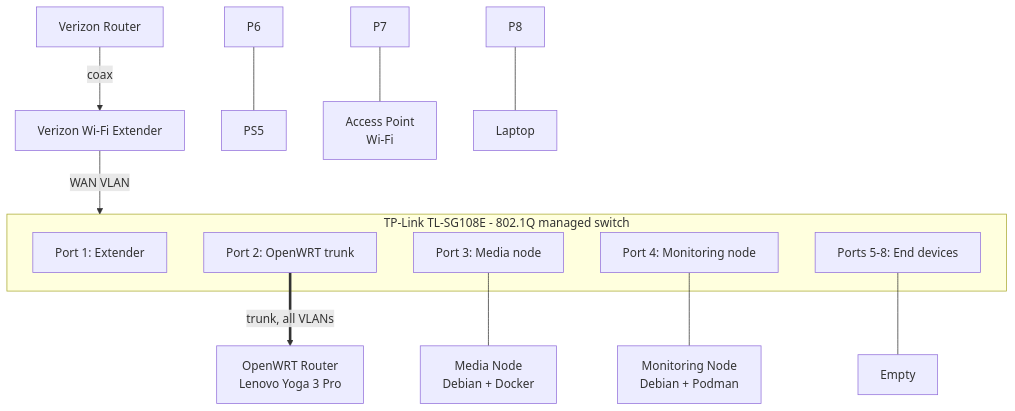
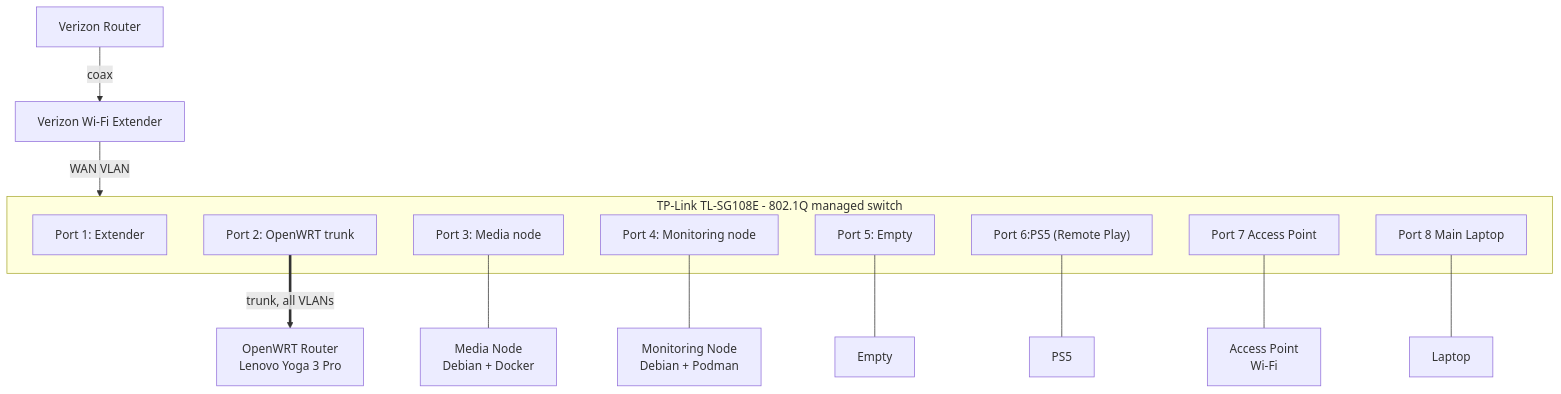
Before and after one commit to jjlocke2004/homelab-infrastructure: the diagram in README.md, drawn with Mermaid.

````diff
--- a/README.md
+++ b/README.md
@@ -18,21 +18,24 @@
 ```mermaid
 flowchart TD
     ISP[Verizon Router] -- coax --> EXT[Verizon Wi-Fi Extender]
     EXT -- WAN VLAN --> SW
 
     subgraph SW["TP-Link TL-SG108E - 802.1Q managed switch"]
         P1["Port 1: Extender"]
         P2["Port 2: OpenWRT trunk"]
         P3["Port 3: Media node"]
         P4["Port 4: Monitoring node"]
-        P5["Ports 5-8: End devices"]
+        P5["Port 5: Empty"]
+        P6["Port 6:PS5 (Remote Play)"]
+        P7["Port 7 Access Point"]
+        P8["Port 8 Main Laptop"]
     end
 
     P2 ==>|trunk, all VLANs| R["OpenWRT Router<br/>Lenovo Yoga 3 Pro"]
     P3 --- MEDIA["Media Node<br/>Debian + Docker"]
     P4 --- MON["Monitoring Node<br/>Debian + Podman"]
     P5 --- Empty
     P6 --- PS5
     P7 --- AP["Access Point<br/>Wi-Fi"]
     P8 --- Laptop
 ```
````
